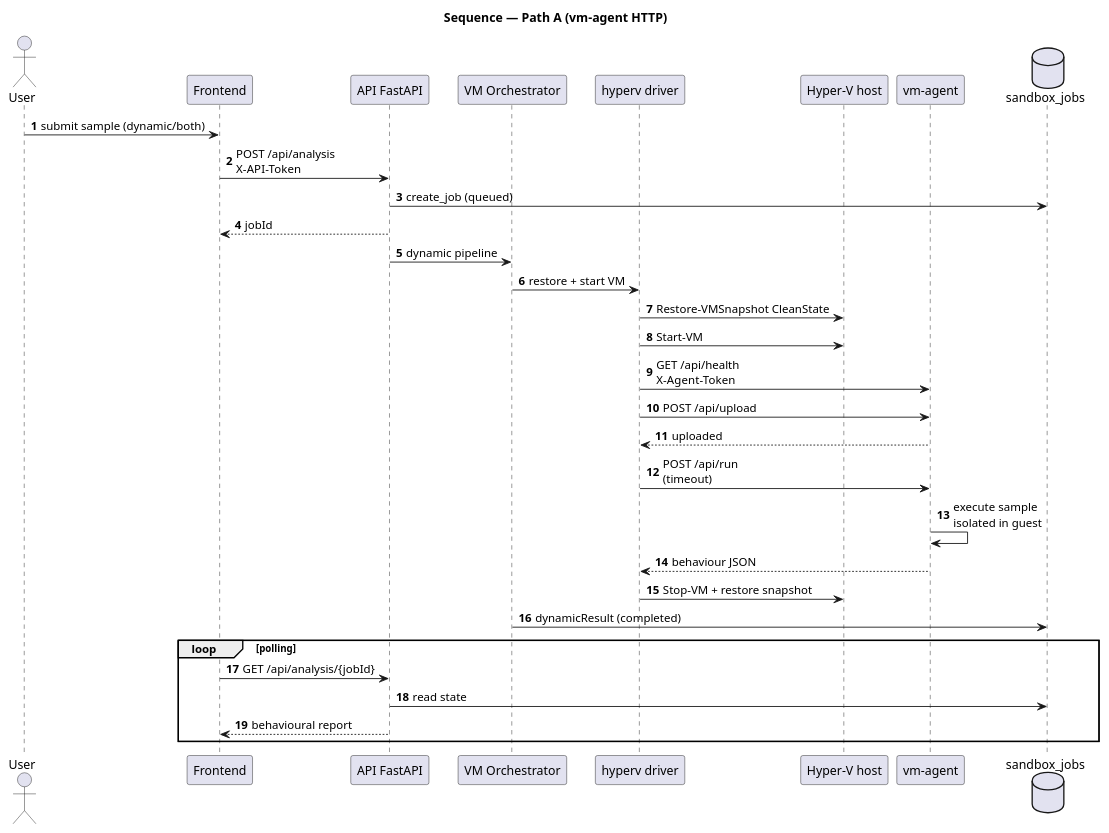
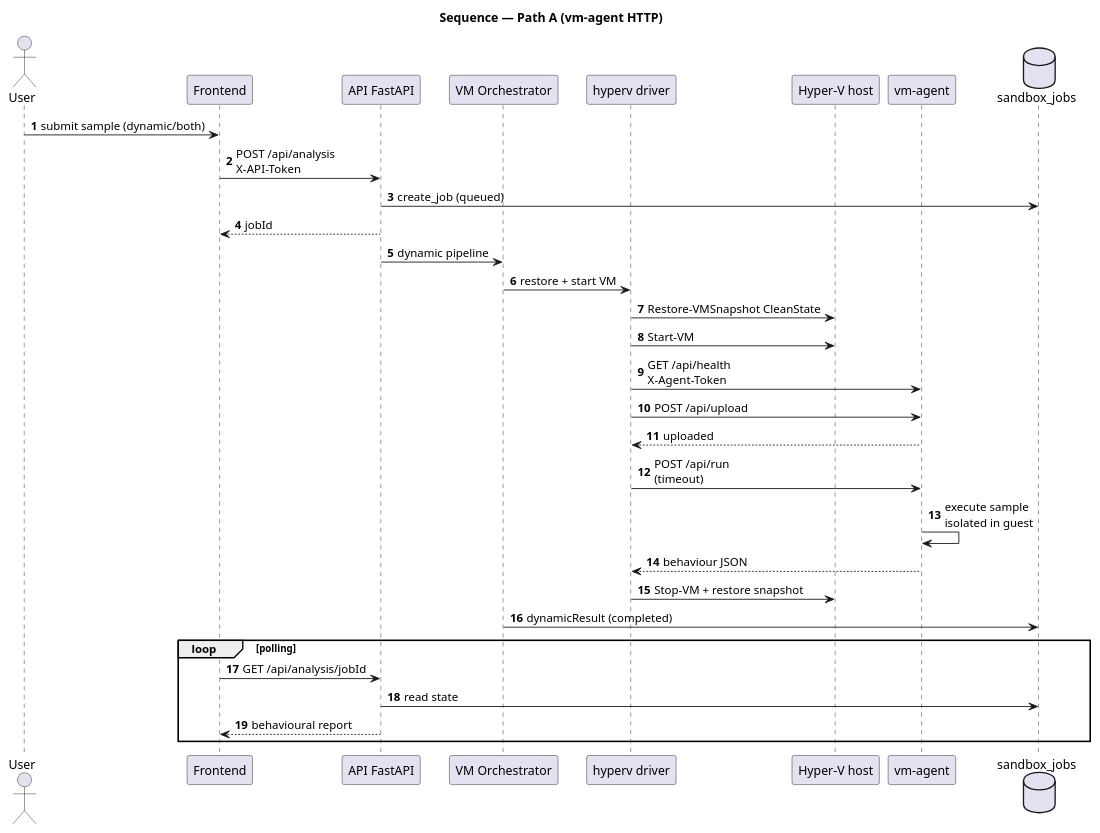
Before and after one commit to tlxp/PROJETO: the diagram in docs/diagrams/sequence-path-a-vmagent.puml, drawn with PlantUML. The commit also changed 39 other files, not shown here.

```diff
--- a/docs/diagrams/sequence-path-a-vmagent.puml
+++ b/docs/diagrams/sequence-path-a-vmagent.puml
@@ -2,44 +2,42 @@
 @startuml
 title Sequence — Path A (vm-agent HTTP)
 autonumber
 skinparam responseMessageBelowArrow true
 
 actor "User" as U
 participant "Frontend" as FE
 participant "API FastAPI" as API
 participant "VM Orchestrator" as VMO
 participant "hyperv driver" as DRV
 participant "Hyper-V host" as HV
 participant "vm-agent" as AGENT
 database "sandbox_jobs" as DB
 
 U -> FE : submit sample (dynamic/both)
 FE -> API : POST /api/analysis\nX-API-Token
 API -> DB : create_job (queued)
 API --> FE : jobId
 
 API -> VMO : dynamic pipeline
-' *Restore snapshot and start isolated VM*
 VMO -> DRV : restore + start VM
 DRV -> HV : Restore-VMSnapshot CleanState
 DRV -> HV : Start-VM
 DRV -> AGENT : GET /api/health\nX-Agent-Token
 
-' *Upload → run → report cycle via HTTP*
 DRV -> AGENT : POST /api/upload
 AGENT --> DRV : uploaded
 
 DRV -> AGENT : POST /api/run\n(timeout)
 AGENT -> AGENT : execute sample\nisolated in guest
 AGENT --> DRV : behaviour JSON
 
 DRV -> HV : Stop-VM + restore snapshot
 VMO -> DB : dynamicResult (completed)
 
 loop polling
-  FE -> API : GET /api/analysis/{jobId}
+  FE -> API : GET /api/analysis/jobId
   API -> DB : read state
   API --> FE : behavioural report
 end
 
 @enduml
```
